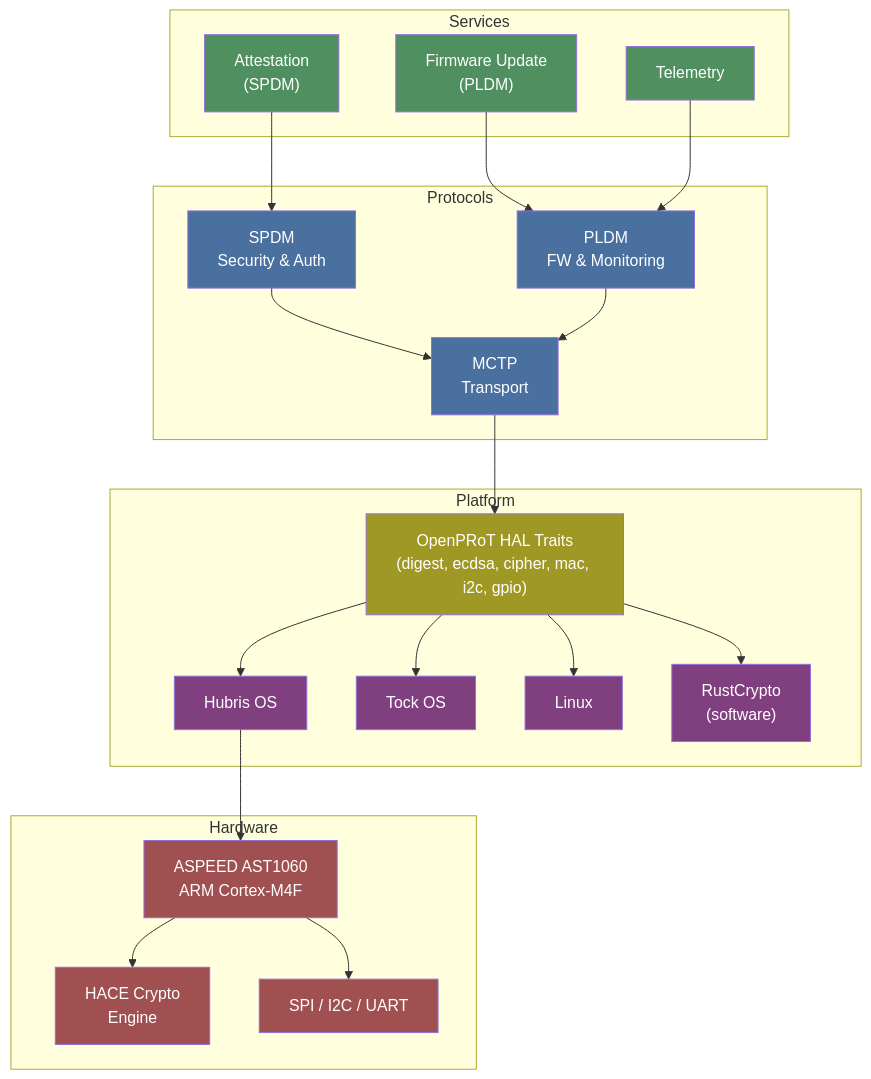
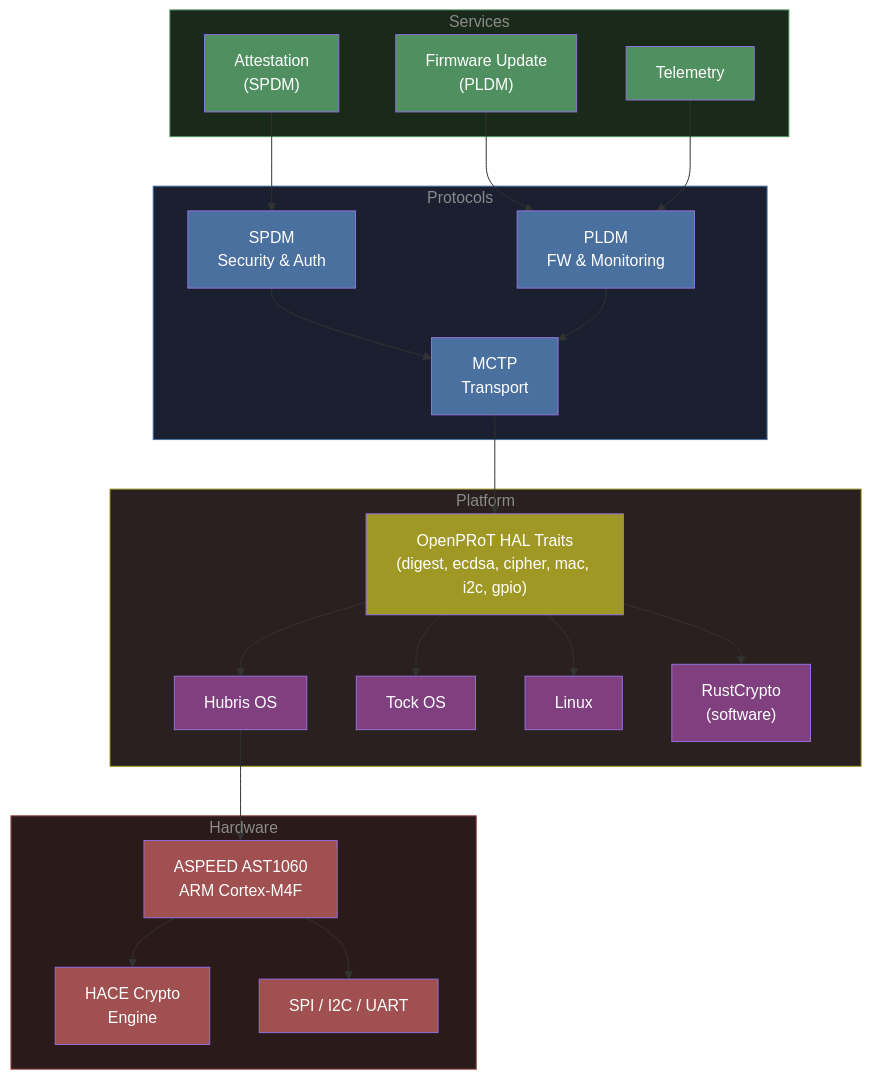
The diagram in README.md (MichaelTien8901/openprot-guide), drawn with Mermaid before and after one commit.

Commit message:
Darken subgraph backgrounds in README diagram for GitHub

````diff
--- a/README.md
+++ b/README.md
@@ -15,57 +15,62 @@
 ```mermaid
 graph TD
-    subgraph Services
+    subgraph Services [" Services "]
         ATT["Attestation<br/>(SPDM)"]
         FWU["Firmware Update<br/>(PLDM)"]
         TEL["Telemetry"]
     end
 
-    subgraph Protocols
+    subgraph Protocols [" Protocols "]
         SPDM["SPDM<br/>Security & Auth"]
         PLDM["PLDM<br/>FW & Monitoring"]
         MCTP["MCTP<br/>Transport"]
     end
 
-    subgraph Platform
+    subgraph Platform [" Platform "]
         HAL["OpenPRoT HAL Traits<br/>(digest, ecdsa, cipher, mac, i2c, gpio)"]
         HUB["Hubris OS"]
         TOCK["Tock OS"]
         LIN["Linux"]
         RC["RustCrypto<br/>(software)"]
     end
 
-    subgraph Hardware
+    subgraph Hardware [" Hardware "]
         ASP["ASPEED AST1060<br/>ARM Cortex-M4F"]
         HACE["HACE Crypto<br/>Engine"]
         SPI["SPI / I2C / UART"]
     end
 
     ATT --> SPDM
     FWU --> PLDM
     TEL --> PLDM
     SPDM --> MCTP
     PLDM --> MCTP
     MCTP --> HAL
     HAL --> HUB
     HAL --> TOCK
     HAL --> LIN
     HAL --> RC
     HUB --> ASP
     ASP --> HACE
     ASP --> SPI
 
     style ATT fill:#509060,color:#fff
     style FWU fill:#509060,color:#fff
     style TEL fill:#509060,color:#fff
     style SPDM fill:#4a70a0,color:#fff
     style PLDM fill:#4a70a0,color:#fff
     style MCTP fill:#4a70a0,color:#fff
     style HAL fill:#a09825,color:#fff
     style HUB fill:#804080,color:#fff
     style TOCK fill:#804080,color:#fff
     style LIN fill:#804080,color:#fff
     style RC fill:#804080,color:#fff
     style ASP fill:#a05050,color:#fff
     style HACE fill:#a05050,color:#fff
     style SPI fill:#a05050,color:#fff
+
+    style Services fill:#1a2a1a,stroke:#509060,color:#8a8a8a
+    style Protocols fill:#1a2030,stroke:#4a70a0,color:#8a8a8a
+    style Platform fill:#2a2020,stroke:#a09825,color:#8a8a8a
+    style Hardware fill:#2a1a1a,stroke:#a05050,color:#8a8a8a
 ```
````
